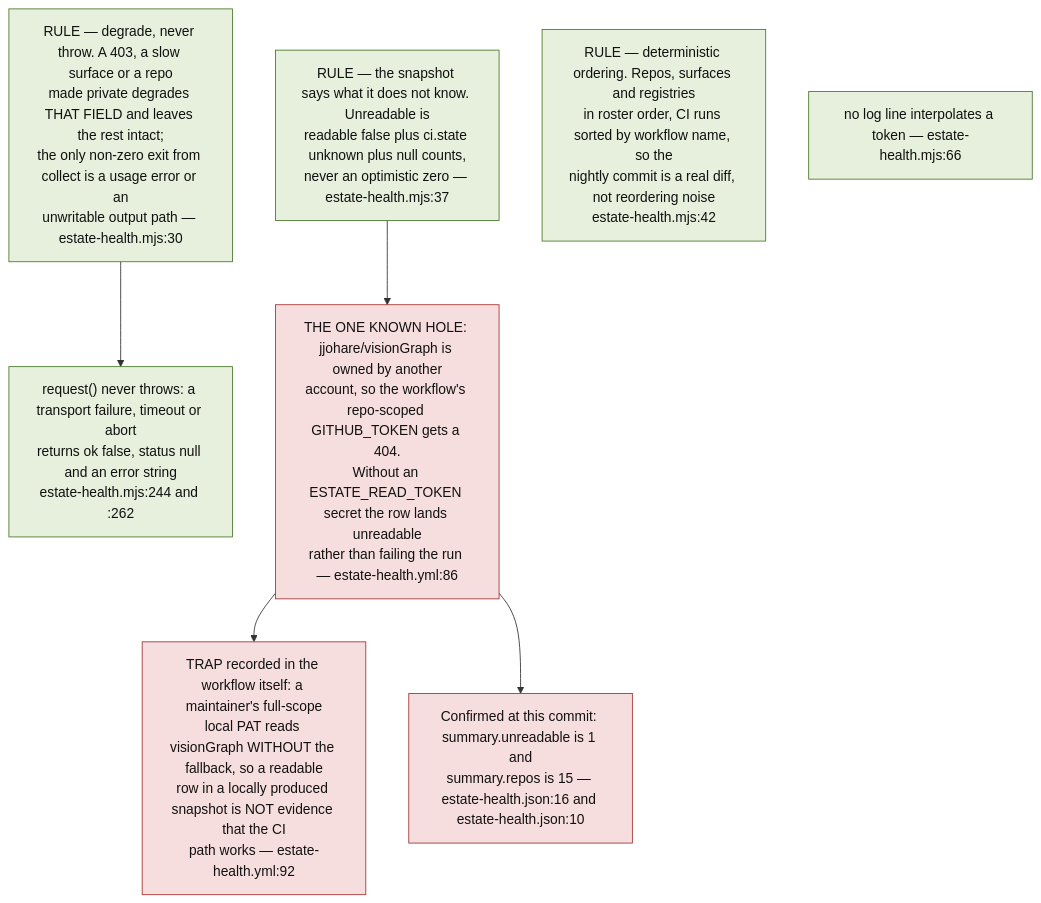
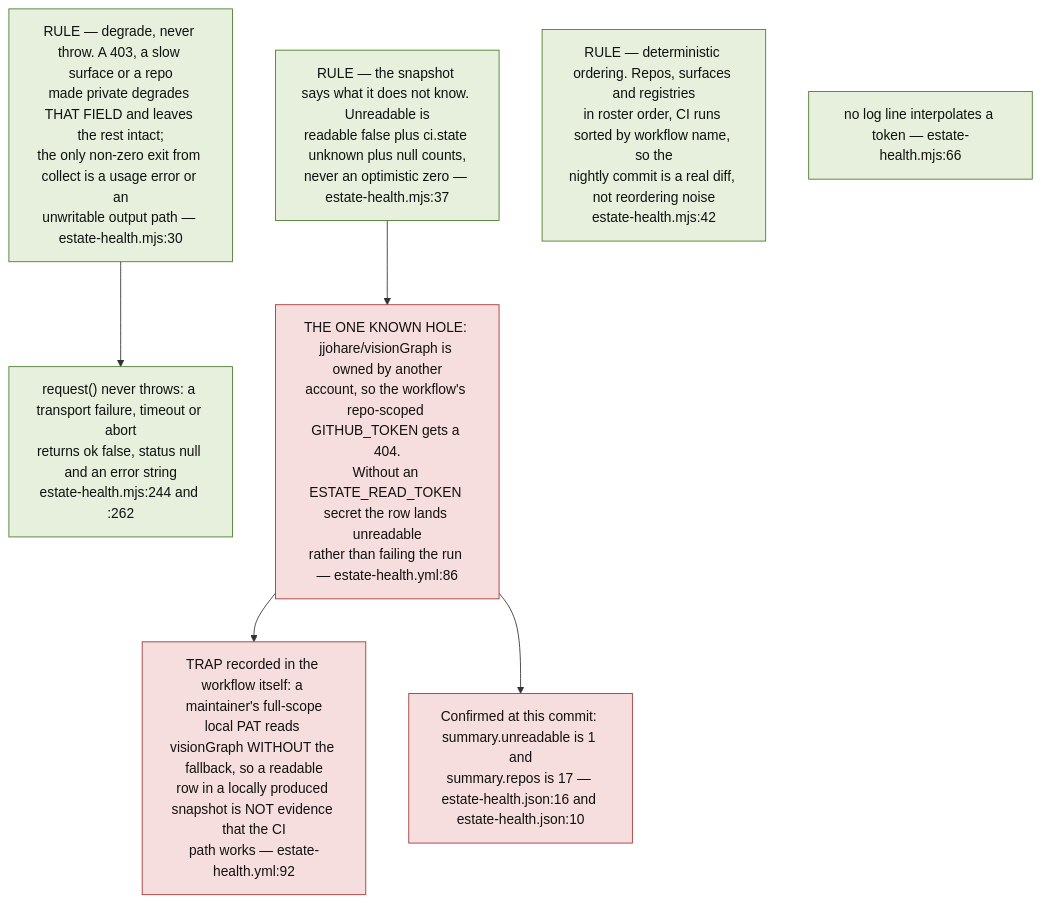
The fifth of 9 diagrams in docs/diagrams/visionflow/03-estate-health.md (DreamLab-AI/VisionFlow), drawn with Mermaid before and after one commit. The commit also changed other lines of this file and 1 other file, not shown here.

First line of the commit message:
docs(diagrams): VF-03.5/.11 snapshot figures and estate-health citations re-verified (17 repos, 9 green, 3 red)

````diff
--- a/docs/diagrams/visionflow/03-estate-health.md
+++ b/docs/diagrams/visionflow/03-estate-health.md
@@ -168,20 +168,20 @@
 ```mermaid
 flowchart TB
     classDef rule fill:#e6f0dc,stroke:#4a7a2a,color:#111
     classDef bad fill:#f7dede,stroke:#a33333,color:#111
 
     R1["RULE — degrade, never throw. A 403, a slow surface or a repo<br/>made private degrades THAT FIELD and leaves the rest intact;<br/>the only non-zero exit from collect is a usage error or an<br/>unwritable output path — estate-health.mjs:30"]:::rule
     R2["RULE — the snapshot says what it does not know. Unreadable is<br/>readable false plus ci.state unknown plus null counts,<br/>never an optimistic zero — estate-health.mjs:37"]:::rule
     R3["RULE — deterministic ordering. Repos, surfaces and registries<br/>in roster order, CI runs sorted by workflow name, so the<br/>nightly commit is a real diff, not reordering noise<br/>estate-health.mjs:42"]:::rule
 
     MECH["request() never throws: a transport failure, timeout or abort<br/>returns ok false, status null and an error string<br/>estate-health.mjs:244 and :262"]:::rule
     R1 --> MECH
     NOTOK["no log line interpolates a token — estate-health.mjs:66"]:::rule
 
     HOLE["THE ONE KNOWN HOLE: jjohare/visionGraph is owned by another<br/>account, so the workflow's repo-scoped GITHUB_TOKEN gets a 404.<br/>Without an ESTATE_READ_TOKEN secret the row lands unreadable<br/>rather than failing the run — estate-health.yml:86"]:::bad
     R2 --> HOLE
     TRAP["TRAP recorded in the workflow itself: a maintainer's full-scope<br/>local PAT reads visionGraph WITHOUT the fallback, so a readable<br/>row in a locally produced snapshot is NOT evidence that the CI<br/>path works — estate-health.yml:92"]:::bad
     HOLE --> TRAP
-    LIVE["Confirmed at this commit: summary.unreadable is 1 and<br/>summary.repos is 15 — estate-health.json:16 and estate-health.json:10"]:::bad
+    LIVE["Confirmed at this commit: summary.unreadable is 1 and<br/>summary.repos is 17 — estate-health.json:16 and estate-health.json:10"]:::bad
     HOLE --> LIVE
 ```
````
